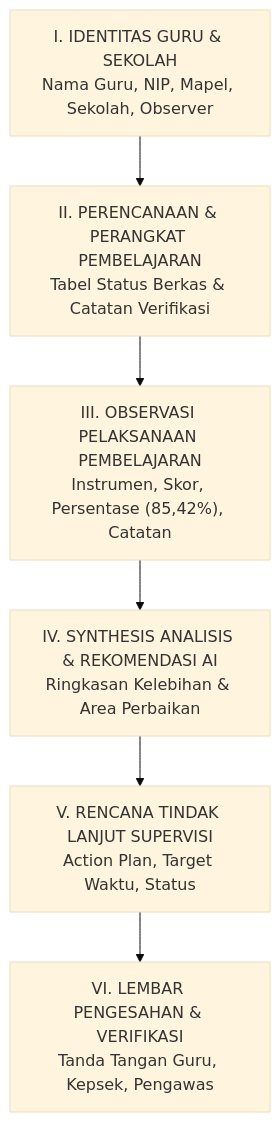
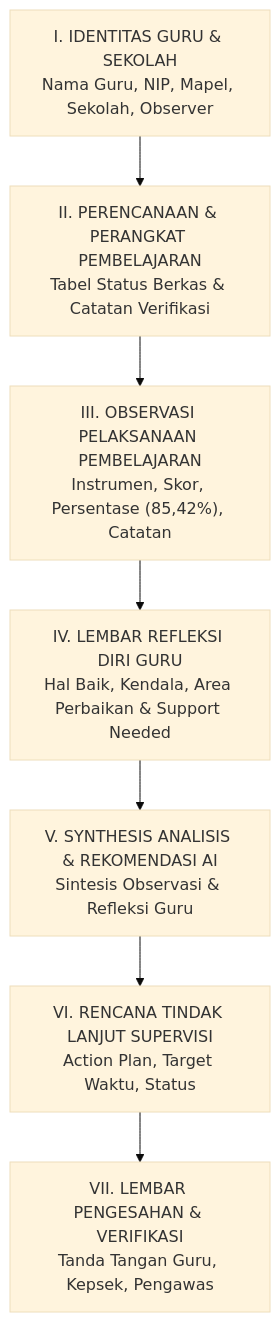
The third of 3 diagrams in docs/09-dashboard-dan-laporan.md (Hnzsama/supervisi_sekolah), drawn with Mermaid (base theme) before and after one commit. The commit also changed 13 other files, not shown here.

Commit message:
docs: tambahkan tahap refleksi guru pasca-observasi kelas dan pertimbangan tindak lanjut

````diff
--- a/docs/09-dashboard-dan-laporan.md
+++ b/docs/09-dashboard-dan-laporan.md
@@ -59,8 +59,9 @@
 ```mermaid
 flowchart TD
     I["I. IDENTITAS GURU & SEKOLAH<br/>Nama Guru, NIP, Mapel, Sekolah, Observer"] --> II["II. PERENCANAAN & PERANGKAT PEMBELAJARAN<br/>Tabel Status Berkas & Catatan Verifikasi"]
     II --> III["III. OBSERVASI PELAKSANAAN PEMBELAJARAN<br/>Instrumen, Skor, Persentase (85,42%), Catatan"]
-    III --> IV["IV. SYNTHESIS ANALISIS & REKOMENDASI AI<br/>Ringkasan Kelebihan & Area Perbaikan"]
-    IV --> V["V. RENCANA TINDAK LANJUT SUPERVISI<br/>Action Plan, Target Waktu, Status"]
-    V --> VI["VI. LEMBAR PENGESAHAN & VERIFIKASI<br/>Tanda Tangan Guru, Kepsek, Pengawas"]
+    III --> IV["IV. LEMBAR REFLEKSI DIRI GURU<br/>Hal Baik, Kendala, Area Perbaikan & Support Needed"]
+    IV --> V["V. SYNTHESIS ANALISIS & REKOMENDASI AI<br/>Sintesis Observasi & Refleksi Guru"]
+    V --> VI["VI. RENCANA TINDAK LANJUT SUPERVISI<br/>Action Plan, Target Waktu, Status"]
+    VI --> VII["VII. LEMBAR PENGESAHAN & VERIFIKASI<br/>Tanda Tangan Guru, Kepsek, Pengawas"]
 ```
````
